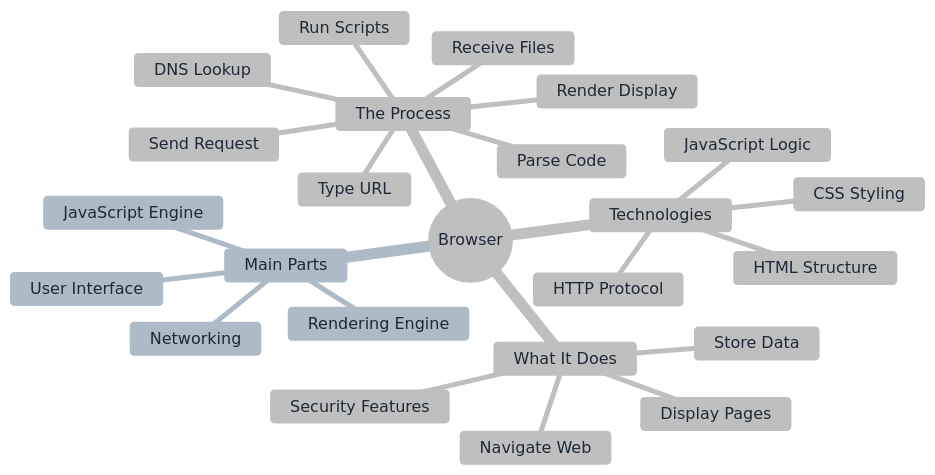
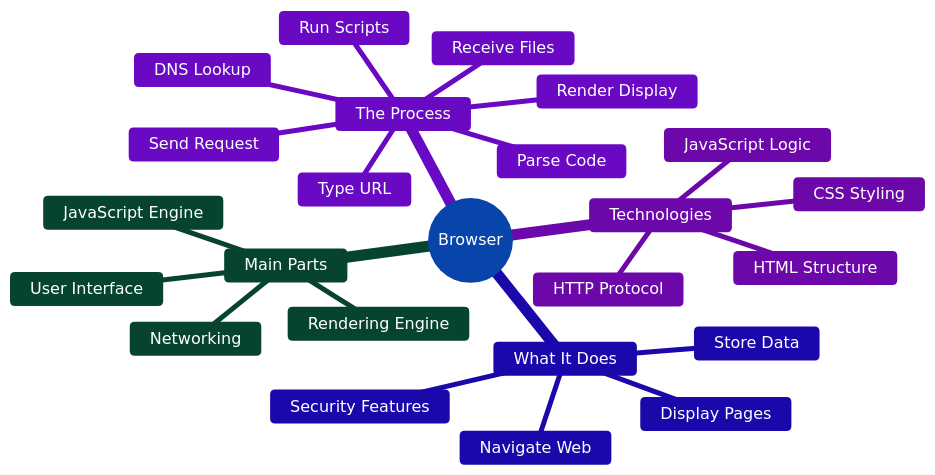
The diagram in mindmaps/how-things-work/how-browsers-work.md (swornimashakya/abstract-thinking), drawn with Mermaid before and after one commit. The commit also changed 1 other file, not shown here.

Commit message:
Edit mindmap

````diff
--- a/mindmaps/how-things-work/how-browsers-work.md
+++ b/mindmaps/how-things-work/how-browsers-work.md
@@ -5,31 +5,31 @@
 ```mermaid
-%%{init: {'theme':'base', 'themeVariables': { 'primaryColor':'#ffffff','primaryTextColor':'#1f2937','primaryBorderColor':'#9ca3af','lineColor':'#d1d5db','secondaryColor':'#f9fafb','tertiaryColor':'#ffffff','background':'#ffffff','mainBkg':'#ffffff','secondaryBkg':'#f9fafb','tertiaryBkg':'#ffffff','fontSize':'16px'}}}%%
+%%{init: {'theme':'base', 'themeVariables': { 'primaryColor':'#3b82f6','primaryTextColor':'#ffffff','primaryBorderColor':'#2563eb','lineColor':'#94a3b8','secondaryColor':'#10b981','secondaryTextColor':'#ffffff','tertiaryColor':'#a855f7','tertiaryTextColor':'#ffffff','background':'#ffffff','fontSize':'16px'}}}%%
 mindmap
   root((Browser))
     Main Parts
       User Interface
       Rendering Engine
       JavaScript Engine
       Networking
     
     The Process
       Type URL
       DNS Lookup
       Send Request
       Receive Files
       Parse Code
       Render Display
       Run Scripts
     
     What It Does
       Display Pages
       Navigate Web
       Store Data
       Security Features
     
     Technologies
       HTML Structure
       CSS Styling
       JavaScript Logic
       HTTP Protocol
 ```
````
